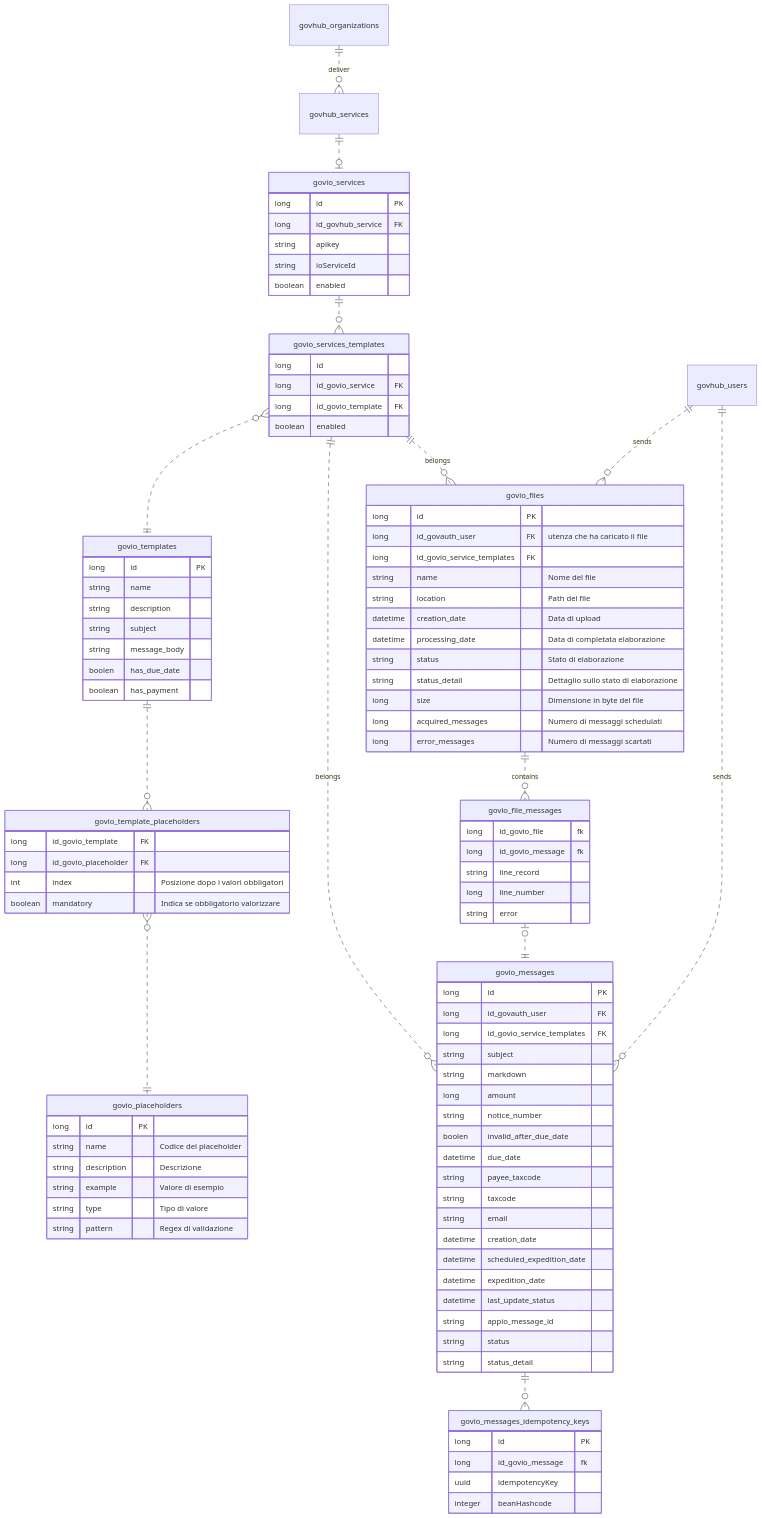
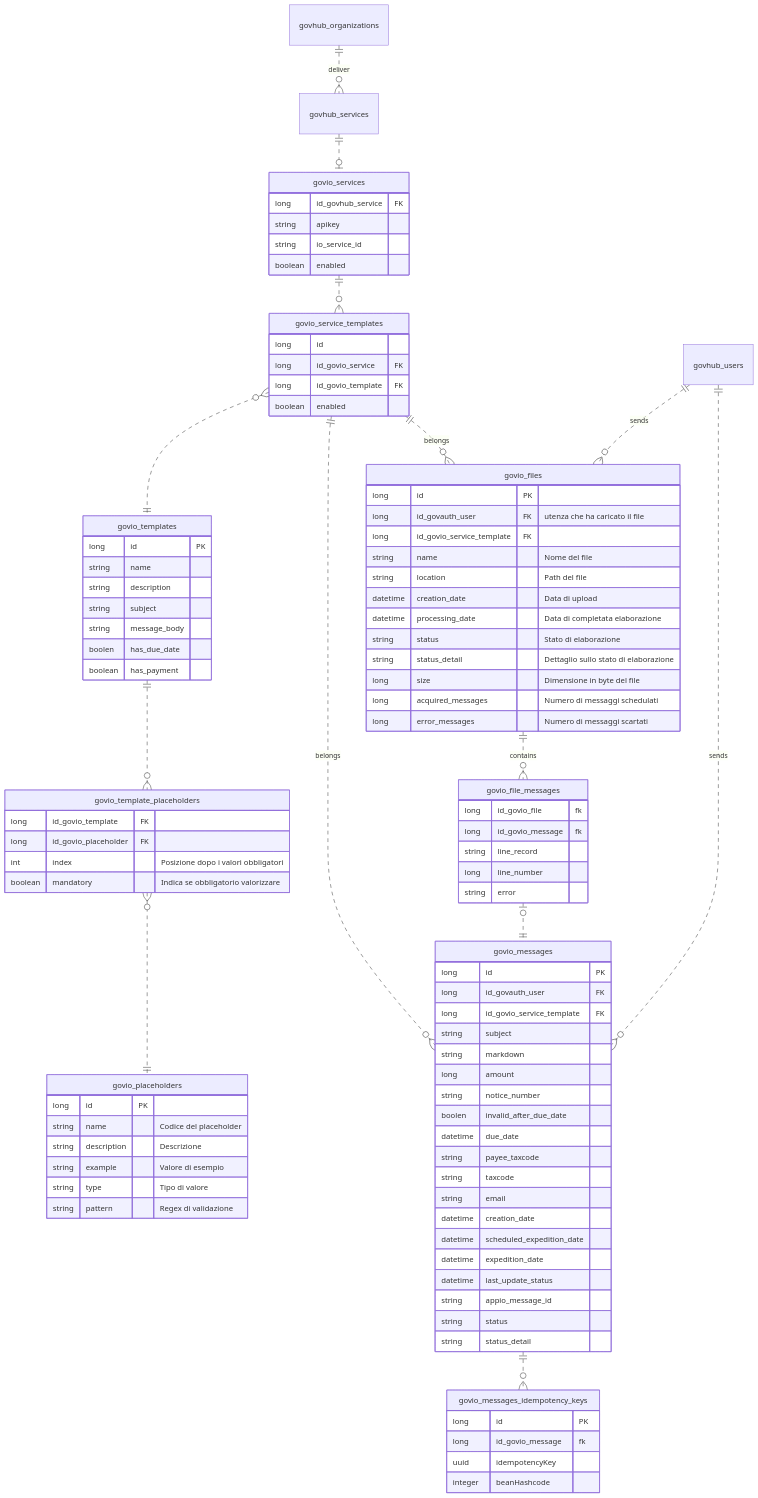
One commit to link-it/govio-docs changed the diagram in documentazione-tecnica/database.md. Above: the diagram before and after it, drawn with Mermaid.

Commit message:
Corretta nomenclatura id_govio_service_templates

```diff
--- a/documentazione-tecnica/database.md
+++ b/documentazione-tecnica/database.md
@@ -9,14 +9,14 @@
 
 
     govhub_services ||..o| govio_services : ""
-    govio_services ||..o{ govio_services_templates : ""
-    govio_services_templates }o..|| govio_templates : ""
+    govio_services ||..o{ govio_service_templates : ""
+    govio_service_templates }o..|| govio_templates : ""
     govhub_organizations ||..o{ govhub_services : deliver
 
     govio_templates ||..o{ govio_template_placeholders : ""
     govio_template_placeholders }o..|| govio_placeholders : ""
-    govio_services_templates ||..o{ govio_messages : belongs 
-    govio_services_templates ||..o{ govio_files : belongs
+    govio_service_templates ||..o{ govio_messages : belongs 
+    govio_service_templates ||..o{ govio_files : belongs
     govhub_users ||..o{ govio_files : sends  
     govio_files ||..o{ govio_file_messages : contains
     govio_file_messages o|..|| govio_messages : "" 
@@ -25,14 +25,13 @@
 
 
     govio_services {
-        long id PK
         long id_govhub_service FK
         string apikey
-        string ioServiceId
+        string io_service_id
         boolean enabled
     }
 
-    govio_services_templates {
+    govio_service_templates {
         long id
         long id_govio_service FK
         long id_govio_template FK
@@ -48,7 +47,6 @@
         boolen has_due_date
         boolean has_payment
     }
-
 
     govio_template_placeholders {
         long id_govio_template FK
@@ -69,7 +67,7 @@
     govio_files {
         long id PK
         long id_govauth_user FK "utenza che ha caricato il file" 
-        long id_govio_service_templates FK
+        long id_govio_service_template FK
         string name "Nome del file"
         string location "Path del file"
         datetime creation_date "Data di upload"
@@ -92,7 +90,7 @@
     govio_messages {
         long id PK
         long id_govauth_user FK
-        long id_govio_service_templates FK
+        long id_govio_service_template FK
         string subject
         string markdown
         long amount
```
